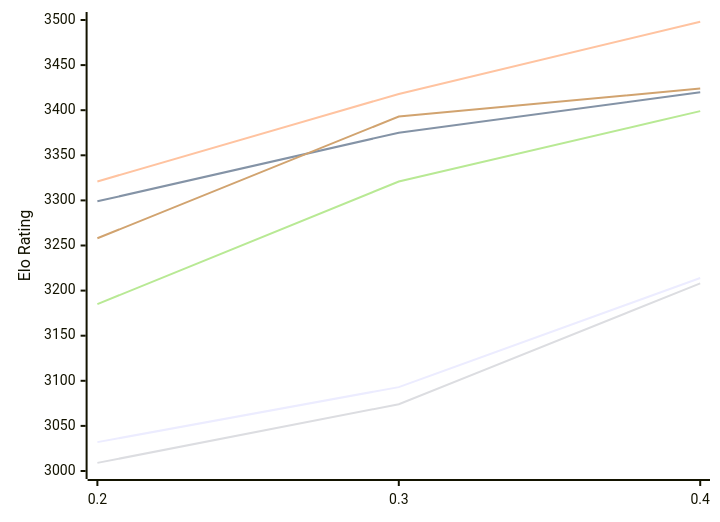
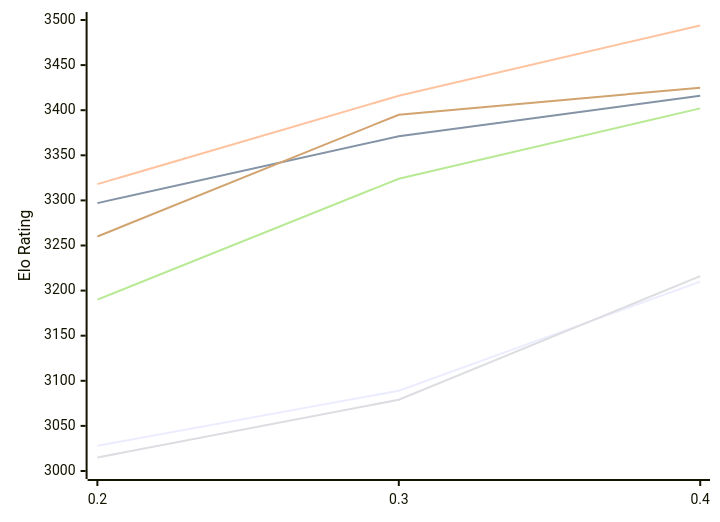
Before and after one commit to computer-chess-index/cci: the diagram in engines/StockDory.md, drawn with Mermaid. The commit also changed other lines of this file, not shown here.

Commit message:
Update CCI Ratings (ELO VLTC) - 2026-11-21

````diff
--- a/engines/StockDory.md
+++ b/engines/StockDory.md
@@ -51,12 +51,12 @@
 ```mermaid
 %%{init: {"theme":"base","themeVariables":{"seriesColors:['#a3a3a3','#222221','#faa371']}}}%%
 xychart-beta
   x-axis ["0.2", "0.3", "0.4"]
   y-axis "Elo Rating" 3000 --> 3500
-  line "E1: STC (8.0+0.08s)" [3032, 3093, 3214]
-  line "E1: LTC (60.0+0.60s)" [3299, 3375, 3420]
-  line "E1: VLTC (2m24s+1.12s)" [3321, 3418, 3498]
-  line "P1: STC (8.0+0.08s)" [3009, 3074, 3208]
-  line "P1: LTC (60.0+0.60s)" [3185, 3321, 3399]
-  line "P1: VLTC (2m24s+1.12s)" [3258, 3393, 3424]
+  line "E1: STC (8.0+0.08s)" [3028, 3089, 3210]
+  line "E1: LTC (60.0+0.60s)" [3297, 3371, 3416]
+  line "E1: VLTC (2m24s+1.12s)" [3318, 3416, 3494]
+  line "P1: STC (8.0+0.08s)" [3015, 3079, 3216]
+  line "P1: LTC (60.0+0.60s)" [3190, 3324, 3402]
+  line "P1: VLTC (2m24s+1.12s)" [3260, 3395, 3425]
 ```
````
